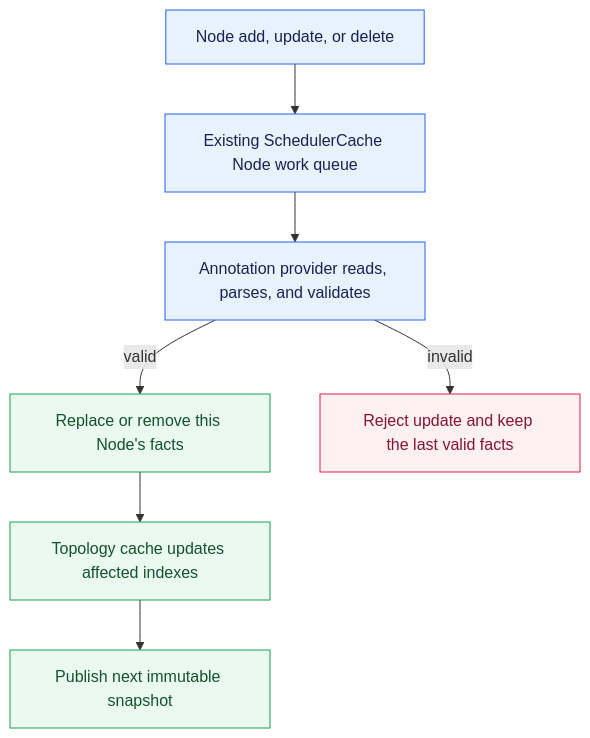
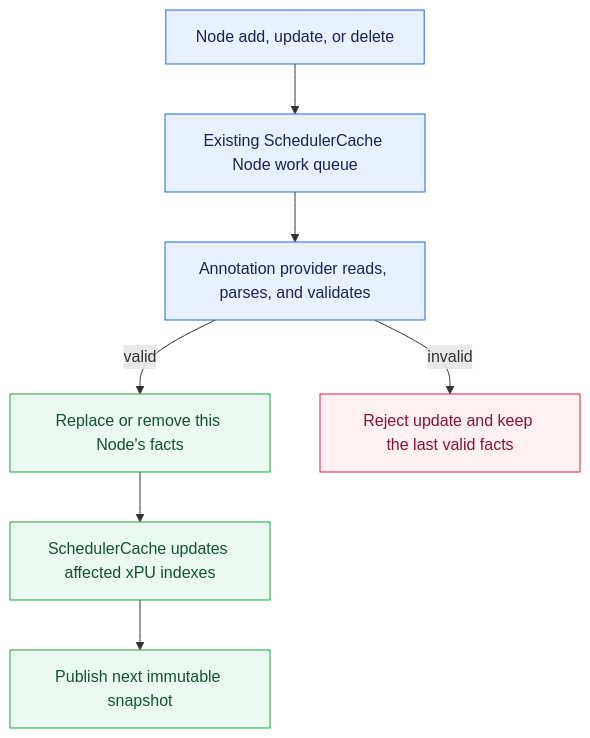
The third of 7 diagrams in docs/design/generic-xpu-topology-aware-scheduling.md (volcano-sh/volcano), drawn with Mermaid before and after one commit. The commit also changed other lines of this file, not shown here.

Commit message:
docs: refine generic xpu topology-aware scheduling design Align the topology view with SchedulerCache snapshots, clarify provider and canonical identity contracts, define policy lifecycle and failure reporting, and refine compact allocation behavior.

````diff
--- a/docs/design/generic-xpu-topology-aware-scheduling.md
+++ b/docs/design/generic-xpu-topology-aware-scheduling.md
@@ -291,16 +293,16 @@
 ```mermaid
 flowchart TD
     Event[Node add, update, or delete] --> Queue[Existing SchedulerCache Node work queue]
     Queue --> Parse[Annotation provider reads, parses, and validates]
     Parse -->|valid| Update[Replace or remove this Node's facts]
     Parse -->|invalid| Reject[Reject update and keep the last valid facts]
-    Update --> Cache[Topology cache updates affected indexes]
+    Update --> Cache[SchedulerCache updates affected xPU indexes]
     Cache --> Snapshot[Publish next immutable snapshot]
 
     classDef normal fill:#e8f1ff,stroke:#2563eb,color:#172554
     classDef safe fill:#eafaf1,stroke:#16a34a,color:#14532d
     classDef error fill:#fff1f2,stroke:#e11d48,color:#881337
     class Event,Queue,Parse normal
     class Update,Cache,Snapshot safe
     class Reject error
 ```
````
